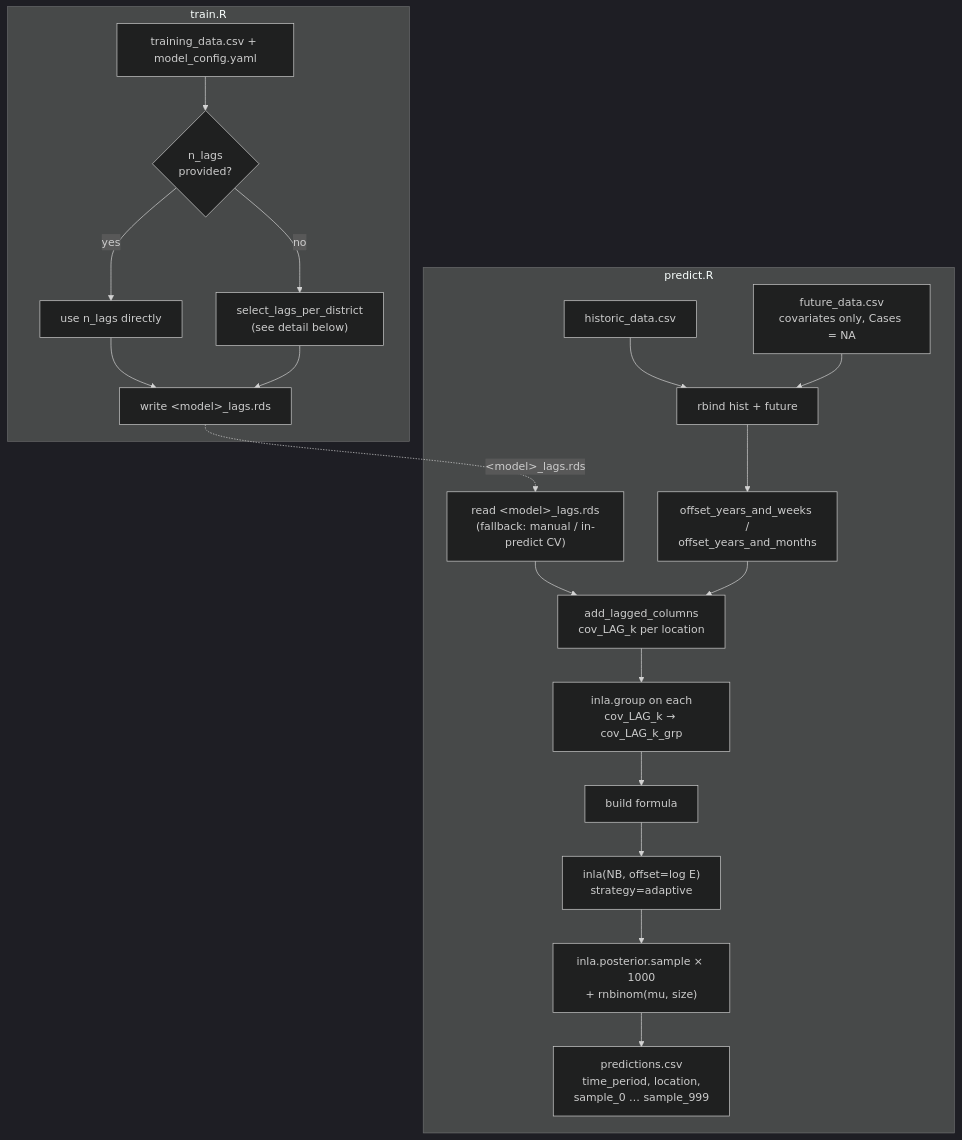
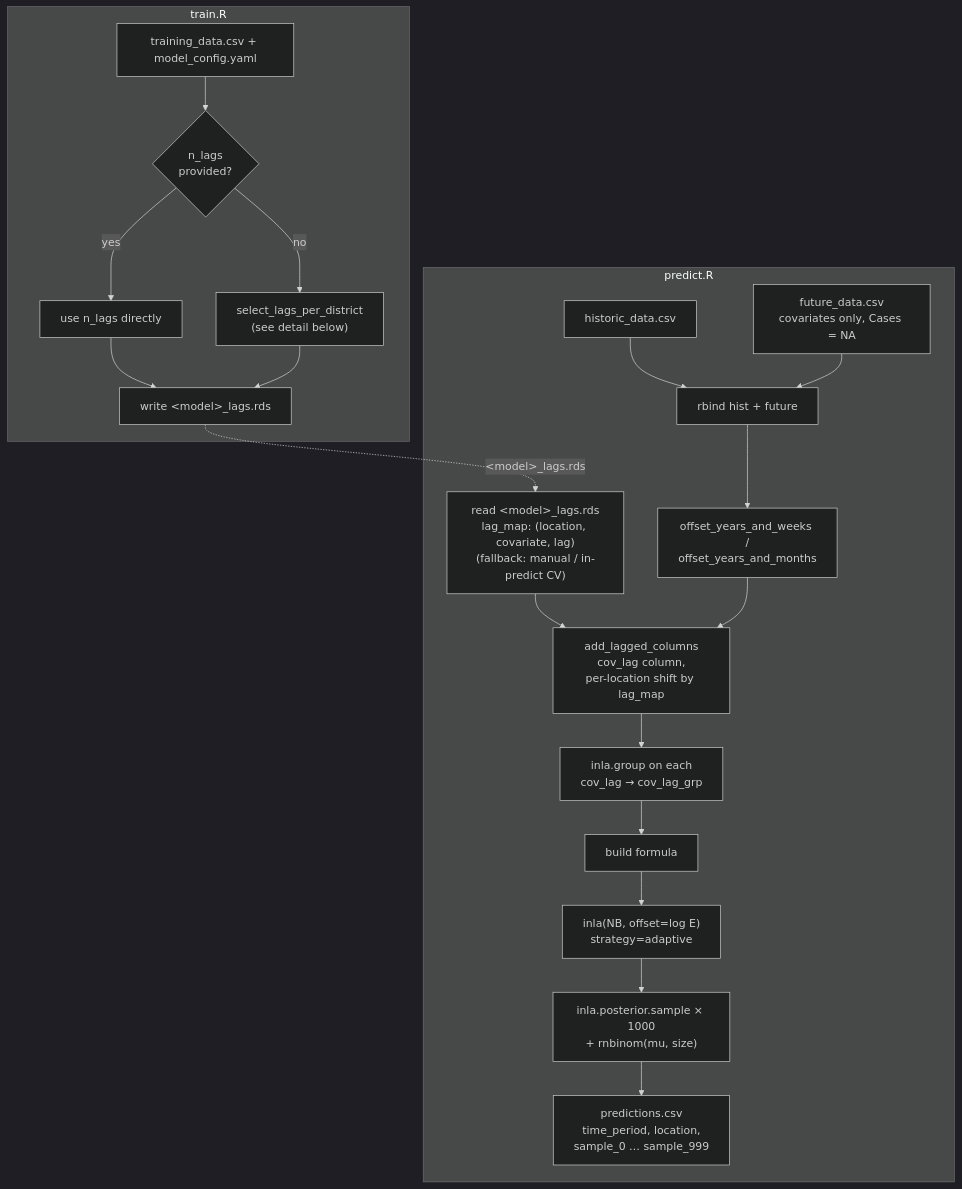
The first of 2 diagrams in model_pipeline.md (chap-models/ewars_plus_template), drawn with Mermaid (dark theme) before and after one commit. The commit also changed other lines of this file and 12 other files, not shown here.

First line of the commit message:
feat: per-(location, covariate) lag selection (flavour B) (#1)

````diff
--- a/model_pipeline.md
+++ b/model_pipeline.md
@@ -5,28 +5,28 @@
 ```mermaid
 flowchart TD
     subgraph TRAIN["train.R"]
         T_IN["training_data.csv + model_config.yaml"] --> T_RESOLVE{"n_lags<br/>provided?"}
         T_RESOLVE -- "yes" --> T_MANUAL["use n_lags directly"]
         T_RESOLVE -- "no" --> T_CV["select_lags_per_district<br/>(see detail below)"]
         T_MANUAL --> T_WRITE["write &lt;model&gt;_lags.rds"]
         T_CV --> T_WRITE
     end
 
     subgraph PREDICT["predict.R"]
         H["historic_data.csv"] --> RBIND
         F["future_data.csv<br/>covariates only, Cases = NA"] --> RBIND
         RBIND["rbind hist + future"] --> OFFSET["offset_years_and_weeks /<br/>offset_years_and_months"]
 
-        READ["read &lt;model&gt;_lags.rds<br/>(fallback: manual / in-predict CV)"]
+        READ["read &lt;model&gt;_lags.rds<br/>lag_map: (location, covariate, lag)<br/>(fallback: manual / in-predict CV)"]
         READ --> BUILD
         OFFSET --> BUILD
 
-        BUILD["add_lagged_columns<br/>cov_LAG_k per location"] --> GROUP["inla.group on each<br/>cov_LAG_k → cov_LAG_k_grp"]
+        BUILD["add_lagged_columns<br/>cov_lag column,<br/>per-location shift by lag_map"] --> GROUP["inla.group on each<br/>cov_lag → cov_lag_grp"]
         GROUP --> FORMULA["build formula"]
         FORMULA --> INLA["inla(NB, offset=log E)<br/>strategy=adaptive"]
         INLA --> SAMPLE["inla.posterior.sample × 1000<br/>+ rnbinom(mu, size)"]
         SAMPLE --> OUT["predictions.csv<br/>time_period, location,<br/>sample_0 … sample_999"]
     end
 
     T_WRITE -. "&lt;model&gt;_lags.rds" .-> READ
 ```
````
